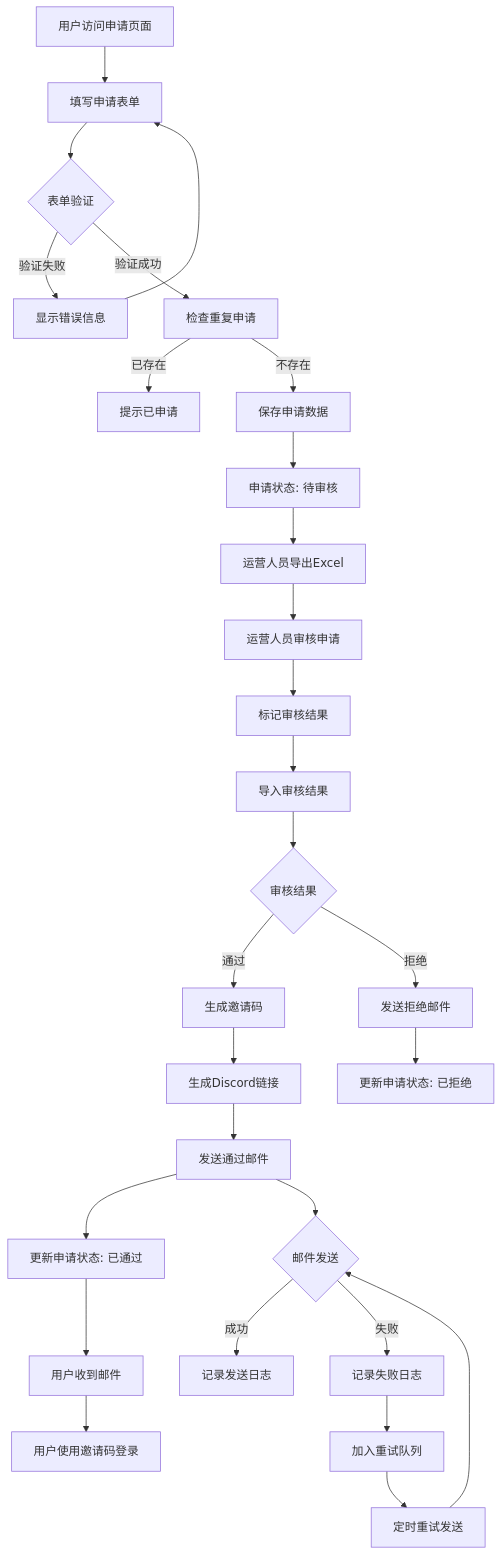
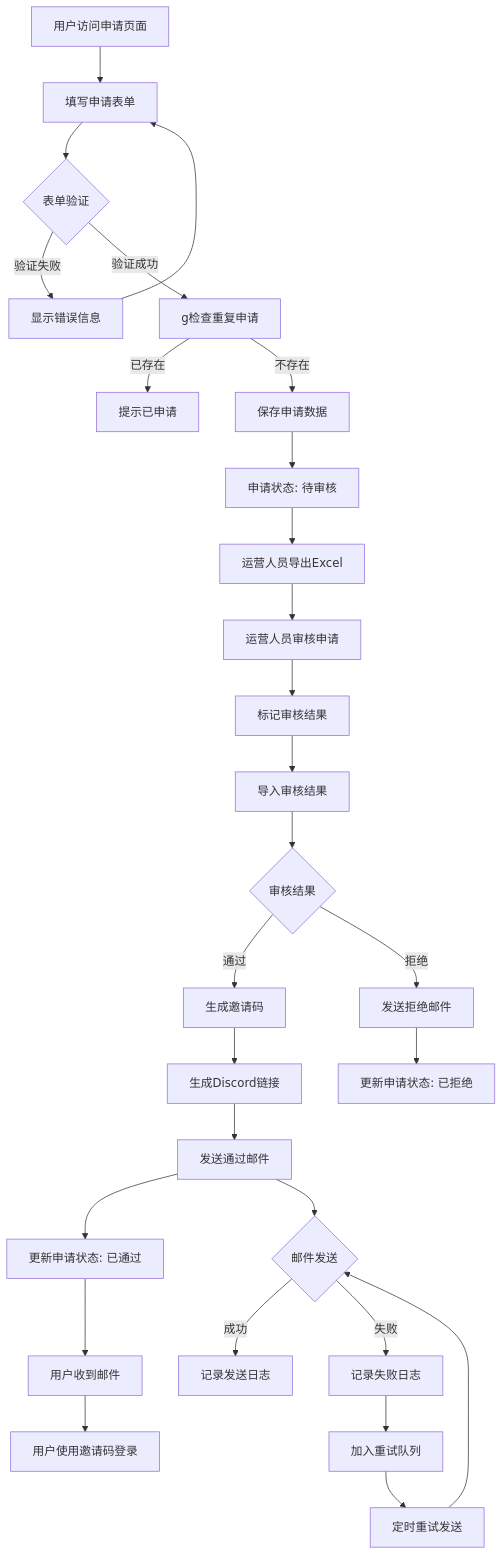
One commit to yingjianzh/iodraw-files changed the diagram in all/未命名-69.md. Above: the diagram before and after it, drawn with Mermaid.

Commit message:
2025-07-03 10:20:19 update

````diff
--- a/all/未命名-69.md
+++ b/all/未命名-69.md
@@ -1,35 +1,35 @@
 ```mermaid
 flowchart TD
     A[用户访问申请页面] --> B[填写申请表单]
     B --> C{表单验证}
     C -->|验证失败| D[显示错误信息]
     D --> B
-    C -->|验证成功| E[检查重复申请]
+    C -->|验证成功| E[g检查重复申请]
     E -->|已存在| F[提示已申请]
     E -->|不存在| G[保存申请数据]
     G --> H[申请状态: 待审核]
     
     H --> I[运营人员导出Excel]
     I --> J[运营人员审核申请]
     J --> K[标记审核结果]
     K --> L[导入审核结果]
     L --> M{审核结果}
     
     M -->|通过| N[生成邀请码]
     N --> O[生成Discord链接]
     O --> P[发送通过邮件]
     P --> Q[更新申请状态: 已通过]
     
     M -->|拒绝| R[发送拒绝邮件]
     R --> S[更新申请状态: 已拒绝]
     
     P --> T{邮件发送}
     T -->|成功| U[记录发送日志]
     T -->|失败| V[记录失败日志]
     V --> W[加入重试队列]
     W --> X[定时重试发送]
     X --> T
     
     Q --> Y[用户收到邮件]
     Y --> Z[用户使用邀请码登录]
 ```
````
